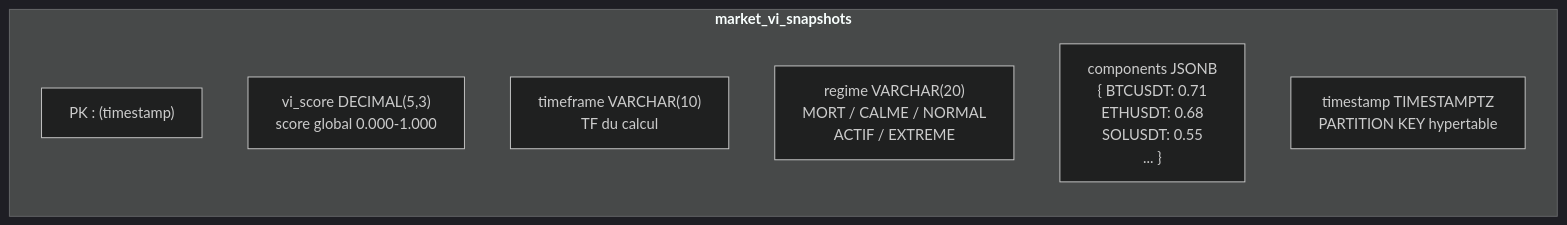
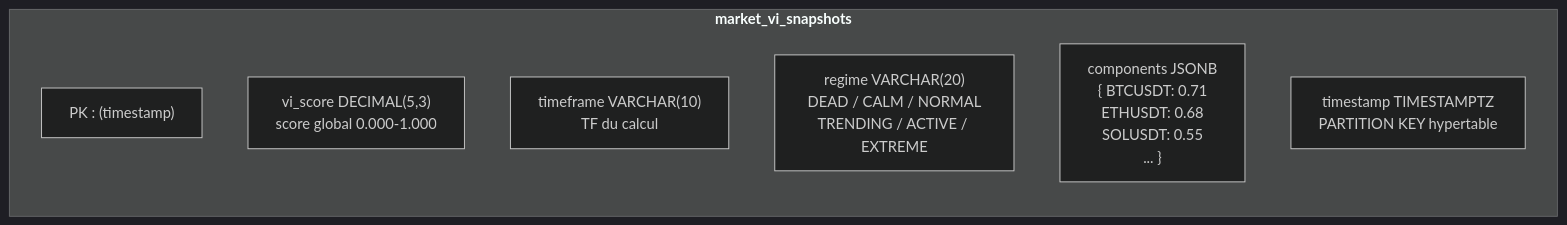
Before and after one commit to lyoubimr/AlphaTradingDesk: the third of 6 diagrams in docs/architecture/diagrams/06-phase2-database-schema.md, drawn with Mermaid (dark theme). The commit also changed other lines of this file and 1 other file, not shown here.

Commit message:
refactor(phase2): 6-regime scale — add TRENDING band, even 0.167 spacing, English labels

````diff
--- a/docs/architecture/diagrams/06-phase2-database-schema.md
+++ b/docs/architecture/diagrams/06-phase2-database-schema.md
@@ -126,22 +126,22 @@
 ```mermaid
 %%{init: {"flowchart": {"htmlLabels": false}} }%%
 flowchart LR
     subgraph MVS["`**market_vi_snapshots**`"]
         direction TB
         pk2["`PK : (timestamp)`"]
         col1["`vi_score DECIMAL(5,3)
         score global 0.000-1.000`"]
         col2["`timeframe VARCHAR(10)
         TF du calcul`"]
         col3["`regime VARCHAR(20)
-        MORT / CALME / NORMAL
-        ACTIF / EXTREME`"]
+        DEAD / CALM / NORMAL
+        TRENDING / ACTIVE / EXTREME`"]
         col4["`components JSONB
         { BTCUSDT: 0.71
         ETHUSDT: 0.68
         SOLUSDT: 0.55
         ... }`"]
         col5["`timestamp TIMESTAMPTZ
         PARTITION KEY hypertable`"]
     end
 ```
````
